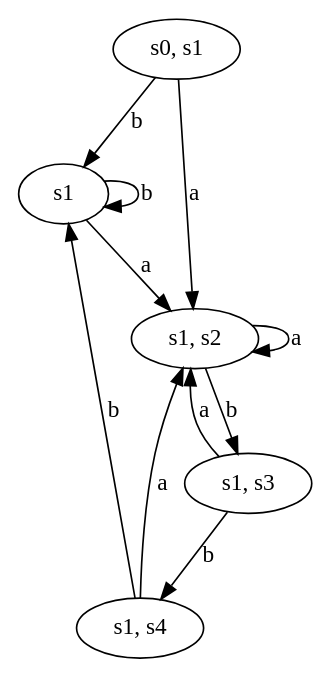
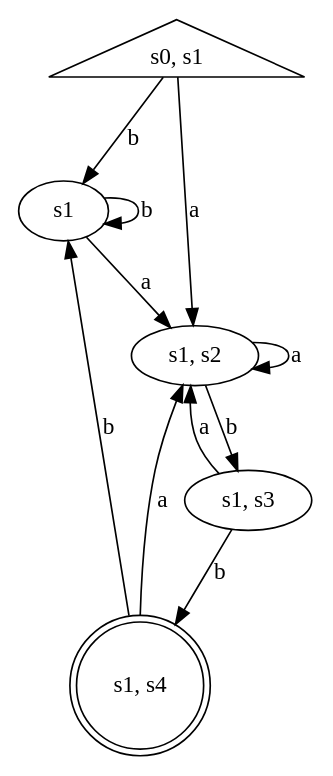
One commit to realzhujunhao/jhautomata changed the diagram in dfa1.dot. Above: the diagram before and after it, drawn with Graphviz. The commit also changed 8 other files, not shown here.

```diff
--- a/dfa1.dot
+++ b/dfa1.dot
@@ -1,17 +1,17 @@
 digraph {
-    0 [ label = "s0, s1" ]
+    0 [ label = "s0, s1" shape = triangle]
     1 [ label = "s1" ]
     2 [ label = "s1, s2" ]
     3 [ label = "s1, s3" ]
-    4 [ label = "s1, s4" ]
+    4 [ label = "s1, s4" shape = doublecircle]
     0 -> 1 [ label = "b" ]
     0 -> 2 [ label = "a" ]
     1 -> 1 [ label = "b" ]
     1 -> 2 [ label = "a" ]
     2 -> 3 [ label = "b" ]
     2 -> 2 [ label = "a" ]
     3 -> 4 [ label = "b" ]
     3 -> 2 [ label = "a" ]
     4 -> 1 [ label = "b" ]
     4 -> 2 [ label = "a" ]
 }
```
